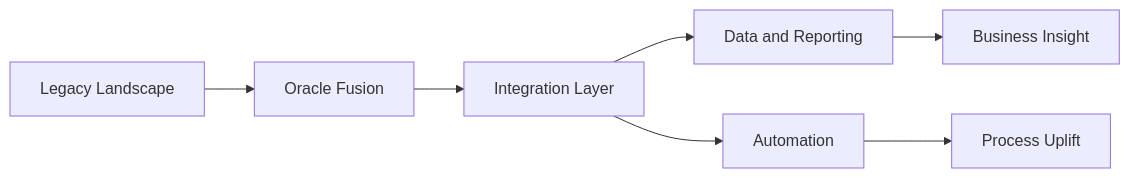
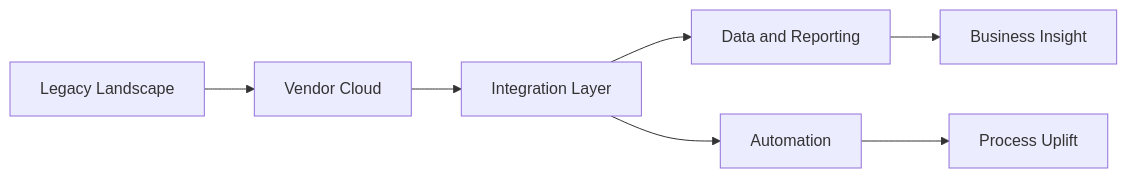
One commit to banban/banban changed the seventh of 15 diagrams in README.md. Above: the diagram before and after it, drawn with Mermaid. The commit also changed other lines of this file, not shown here.

Commit message:
rotate diagram

````diff
--- a/README.md
+++ b/README.md
@@ -204,9 +204,9 @@
 ```mermaid
 flowchart LR
-    L[Legacy Landscape] --> O[Oracle Fusion]
+    L[Legacy Landscape] --> O[Vendor Cloud]
     O --> I[Integration Layer]
     I --> D[Data and Reporting]
     D --> B[Business Insight]
     I --> A[Automation]
     A --> P[Process Uplift]
 ```
````
